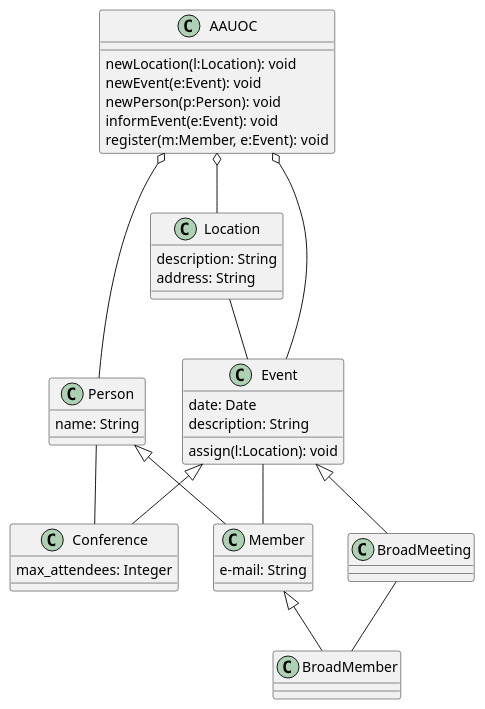
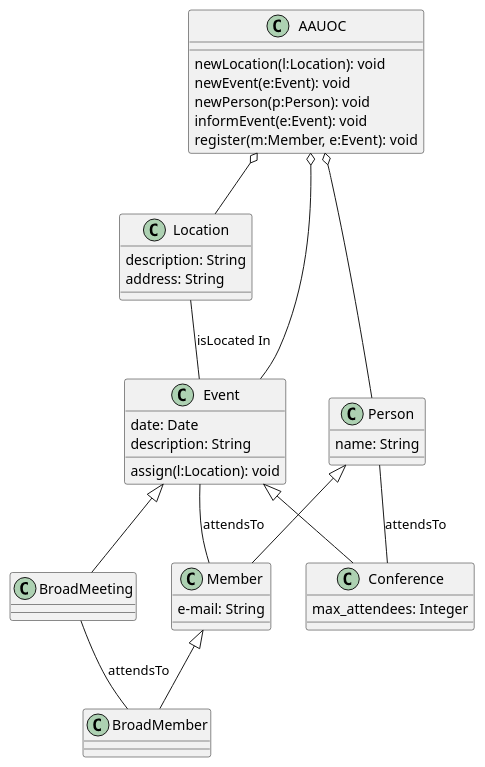
The diagram in P11_Diagrama_UML.puml (sandrasd89/UMLClasesSandra), drawn with PlantUML before and after one commit.

Commit message:
se ha añadido informacion en las cardinalidades

```diff
--- a/P11_Diagrama_UML.puml
+++ b/P11_Diagrama_UML.puml
@@ -1,56 +1,56 @@
 @startuml
 
 class AAUOC {
     newLocation(l:Location): void
     newEvent(e:Event): void
     newPerson(p:Person): void
     informEvent(e:Event): void
     register(m:Member, e:Event): void
 
 }
 class Location {
     description: String
     address: String
 
 }
 class Event{
     date: Date
     description: String
     assign(l:Location): void
 
 }
 class Conference {
     max_attendees: Integer
 
 }
 class BroadMeeting{
 }
 
 class Person {
     name: String
 
 }
 class Member{
     e-mail: String
 
 }
 
 class BroadMember {
 
 }
 
 AAUOC o-- Event
 AAUOC o-- Location
 AAUOC o-- Person
-Location -- Event
+Location -- Event : isLocated In
 Event <|-- Conference
 Event <|-- BroadMeeting
 Person <|-- Member
 Member <|-- BroadMember
-Event -- Member
-Person -- Conference
-BroadMeeting -- BroadMember
+Event -- Member : attendsTo
+Person -- Conference : attendsTo
+BroadMeeting -- BroadMember : attendsTo
 
 
 
 @enduml
```
